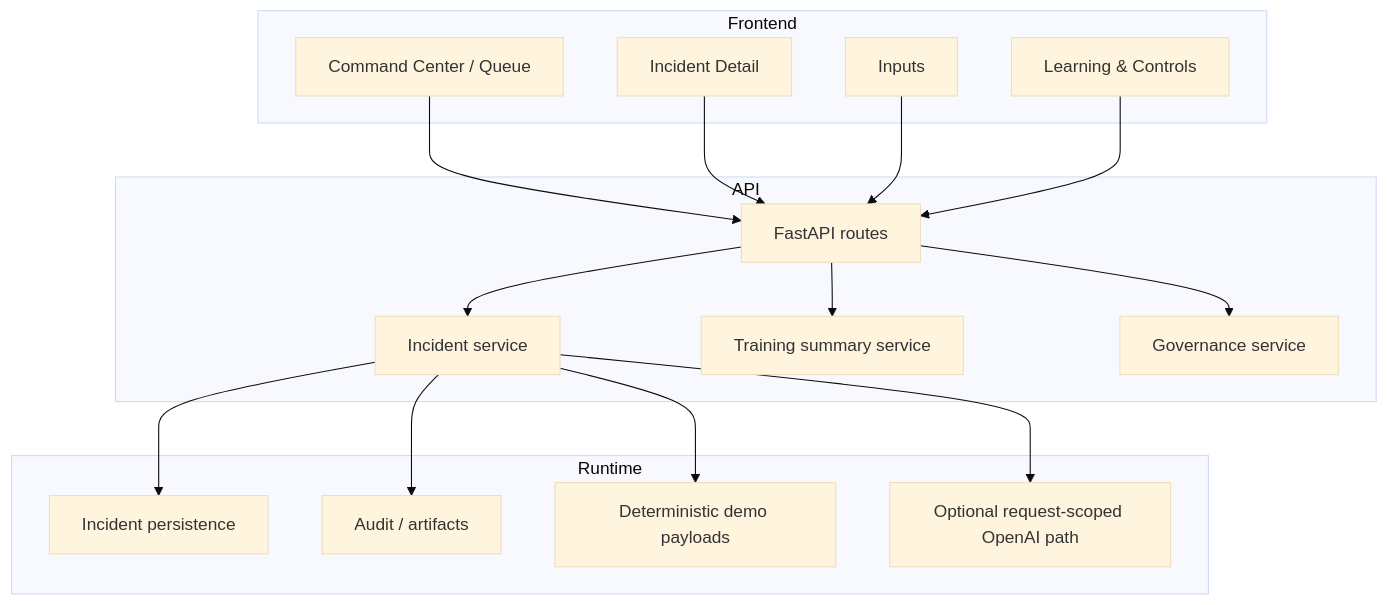
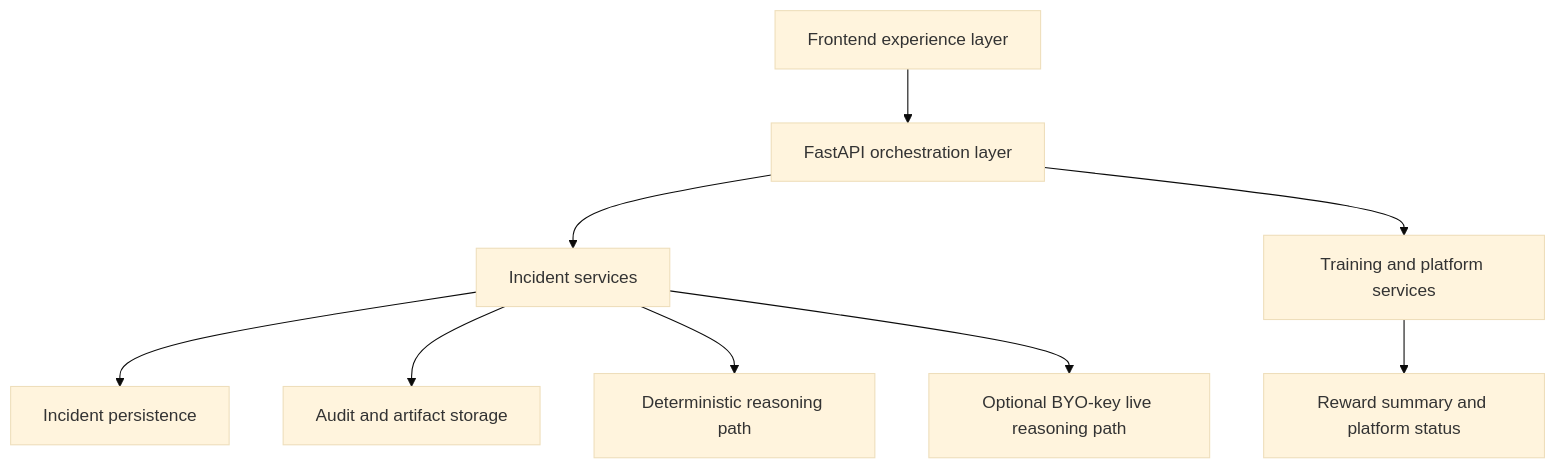
One commit to kunalkachru/nexus-v2 changed the third of 5 diagrams in docs/VISUAL_ARCHITECTURE_AND_FLOWS.md. Above: the diagram before and after it, drawn with Mermaid (base theme). The commit also changed other lines of this file and 6 other files, not shown here.

````diff
--- a/docs/VISUAL_ARCHITECTURE_AND_FLOWS.md
+++ b/docs/VISUAL_ARCHITECTURE_AND_FLOWS.md
@@ -65,35 +109,11 @@
 ```mermaid
 flowchart TD
-    subgraph Frontend
-        A["Command Center / Queue"]
-        B["Incident Detail"]
-        C["Inputs"]
-        D["Learning & Controls"]
-    end
-
-    subgraph API
-        E["FastAPI routes"]
-        F["Incident service"]
-        G["Training summary service"]
-        H["Governance service"]
-    end
-
-    subgraph Runtime
-        I["Incident persistence"]
-        J["Audit / artifacts"]
-        K["Deterministic demo payloads"]
-        L["Optional request-scoped OpenAI path"]
-    end
-
-    A --> E
-    B --> E
-    C --> E
-    D --> E
-    E --> F
-    E --> G
-    E --> H
-    F --> I
-    F --> J
-    F --> K
-    F --> L
+    A["Frontend experience layer"] --> B["FastAPI orchestration layer"]
+    B --> C["Incident services"]
+    B --> D["Training and platform services"]
+    C --> E["Incident persistence"]
+    C --> F["Audit and artifact storage"]
+    C --> G["Deterministic reasoning path"]
+    C --> H["Optional BYO-key live reasoning path"]
+    D --> I["Reward summary and platform status"]
 ```
````
